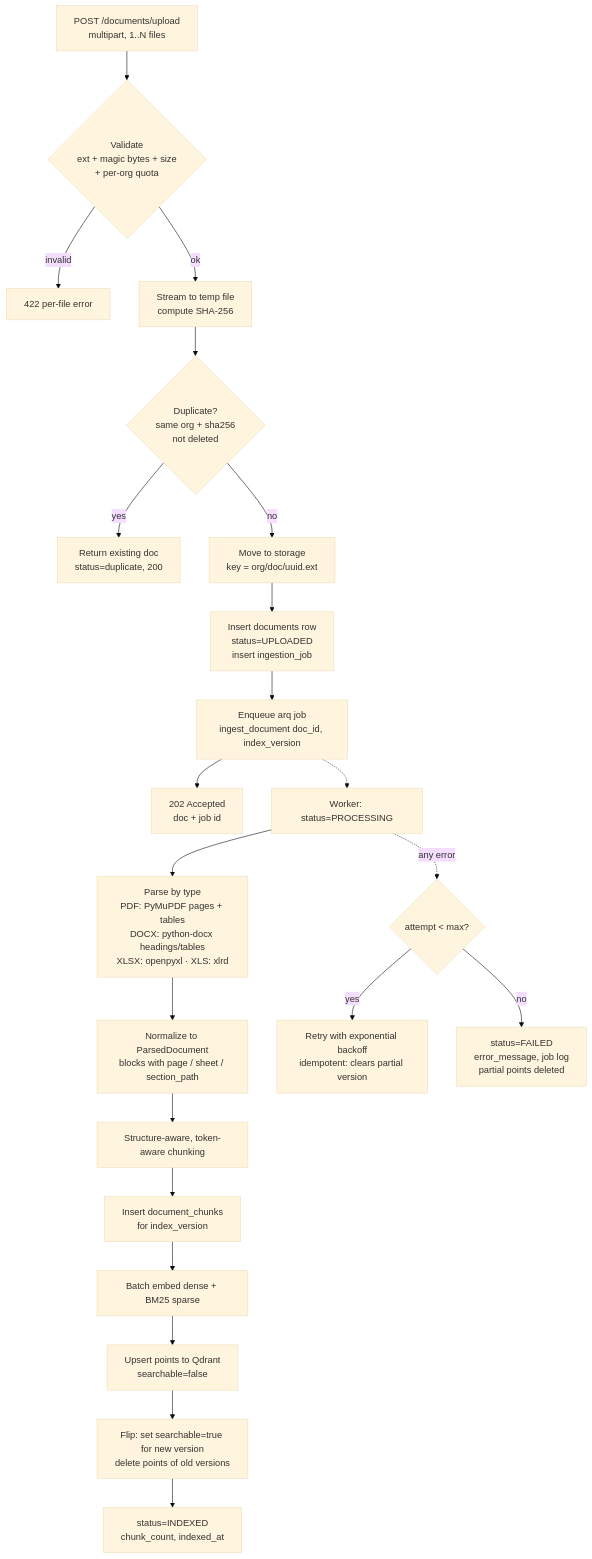
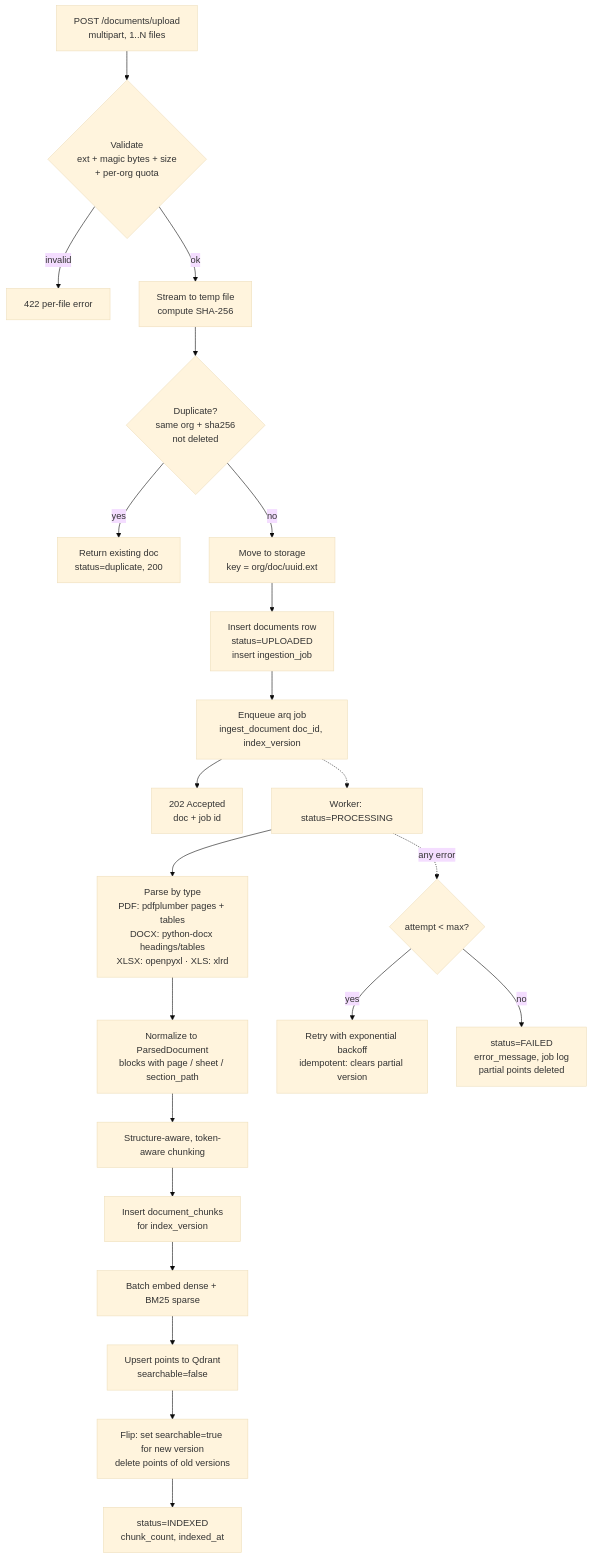
Before and after one commit to Maria-07/DocuMind: the second of 4 diagrams in docs/architecture.md, drawn with Mermaid (base theme). The commit also changed other lines of this file and 48 other files, not shown here.

````diff
--- a/docs/architecture.md
+++ b/docs/architecture.md
@@ -135,25 +135,25 @@
 ```mermaid
 flowchart TD
   U[POST /documents/upload<br/>multipart, 1..N files] --> V{Validate<br/>ext + magic bytes + size<br/>+ per-org quota}
   V -- invalid --> R4[422 per-file error]
   V -- ok --> S[Stream to temp file<br/>compute SHA-256]
   S --> D{Duplicate?<br/>same org + sha256<br/>not deleted}
   D -- yes --> RD[Return existing doc<br/>status=duplicate, 200]
   D -- no --> ST[Move to storage<br/>key = org/doc/uuid.ext]
   ST --> PGW[Insert documents row<br/>status=UPLOADED<br/>insert ingestion_job]
   PGW --> Q[Enqueue arq job<br/>ingest_document doc_id, index_version]
   Q --> A202[202 Accepted<br/>doc + job id]
 
   Q -.-> W1[Worker: status=PROCESSING]
-  W1 --> P[Parse by type<br/>PDF: PyMuPDF pages + tables<br/>DOCX: python-docx headings/tables<br/>XLSX: openpyxl · XLS: xlrd]
+  W1 --> P[Parse by type<br/>PDF: pdfplumber pages + tables<br/>DOCX: python-docx headings/tables<br/>XLSX: openpyxl · XLS: xlrd]
   P --> M[Normalize to ParsedDocument<br/>blocks with page / sheet / section_path]
   M --> C[Structure-aware, token-aware chunking]
   C --> PGC[Insert document_chunks<br/>for index_version]
   PGC --> E[Batch embed dense + BM25 sparse]
   E --> QU[Upsert points to Qdrant<br/>searchable=false]
   QU --> FLIP[Flip: set searchable=true for new version<br/>delete points of old versions]
   FLIP --> DONE[status=INDEXED<br/>chunk_count, indexed_at]
   W1 -. any error .-> RT{attempt < max?}
   RT -- yes --> BO[Retry with exponential backoff<br/>idempotent: clears partial version]
   RT -- no --> F[status=FAILED<br/>error_message, job log<br/>partial points deleted]
 ```
````
